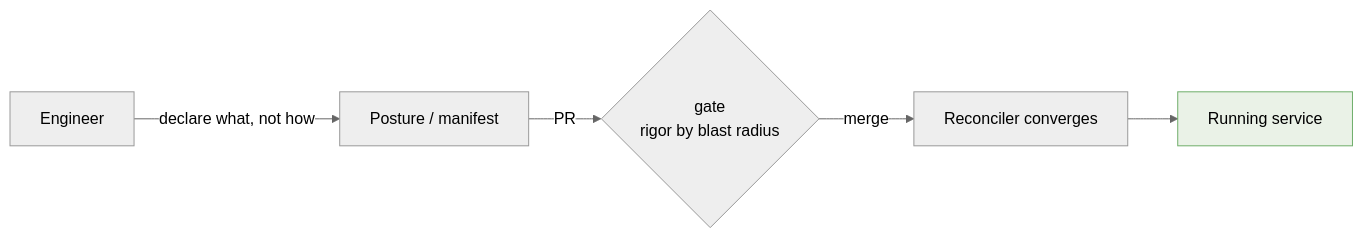
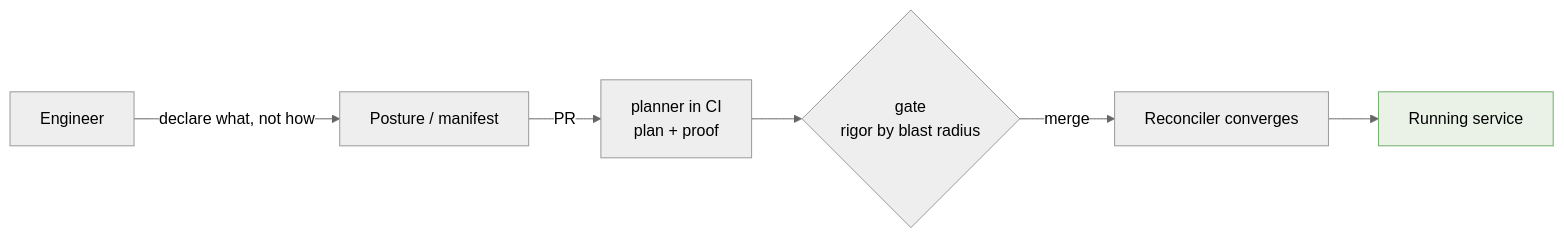
One commit to Hakkiki/trellis changed the sixth of 9 diagrams in app/src/content/docs/docs/roles.md. Above: the diagram before and after it, drawn with Mermaid (neutral theme). The commit also changed other lines of this file and 6 other files, not shown here.

````diff
--- a/app/src/content/docs/docs/roles.md
+++ b/app/src/content/docs/docs/roles.md
@@ -180,8 +198,9 @@
 ```mermaid
 flowchart LR
   ENG["Engineer"] -->|declare what, not how| POST["Posture / manifest"]
-  POST -->|PR| GATE{"gate<br/>rigor by blast radius"}
+  POST -->|PR| PLAN["planner in CI<br/>plan + proof"]
+  PLAN --> GATE{"gate<br/>rigor by blast radius"}
   GATE -->|merge| REC["Reconciler converges"]
   REC --> SVC["Running service"]:::good
   classDef good fill:#7fb06929,stroke:#6fae6a;
 ```
````
